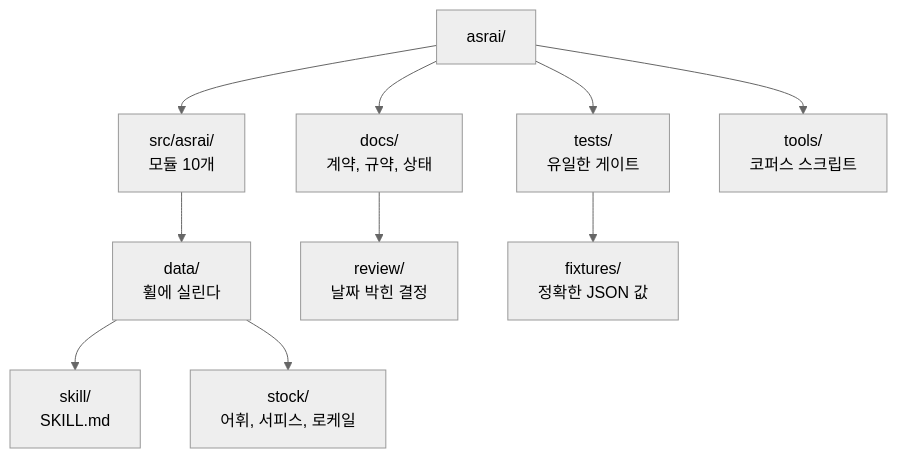
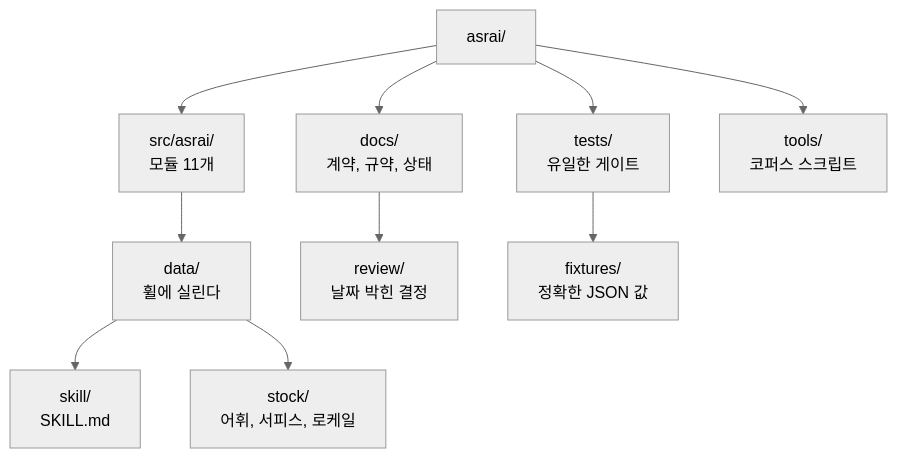
Before and after one commit to Stdev17/asrai: the diagram in docs/i18n/ko/README.md, drawn with Mermaid (neutral theme). The commit also changed other lines of this file and 13 other files, not shown here.

````diff
--- a/docs/i18n/ko/README.md
+++ b/docs/i18n/ko/README.md
@@ -74,8 +74,8 @@
 ```mermaid
 flowchart TD
-    ROOT["asrai/"] --> SRC["src/asrai/<br/>모듈 10개"] & DOCS["docs/<br/>계약, 규약, 상태"] & TESTS["tests/<br/>유일한 게이트"] & TOOLS["tools/<br/>코퍼스 스크립트"]
+    ROOT["asrai/"] --> SRC["src/asrai/<br/>모듈 11개"] & DOCS["docs/<br/>계약, 규약, 상태"] & TESTS["tests/<br/>유일한 게이트"] & TOOLS["tools/<br/>코퍼스 스크립트"]
     SRC --> DATA["data/<br/>휠에 실린다"]
     DATA --> SKILL["skill/<br/>SKILL.md"] & STOCK["stock/<br/>어휘, 서피스, 로케일"]
     DOCS --> REVIEW["review/<br/>날짜 박힌 결정"]
     TESTS --> FIX["fixtures/<br/>정확한 JSON 값"]
 ```
````
